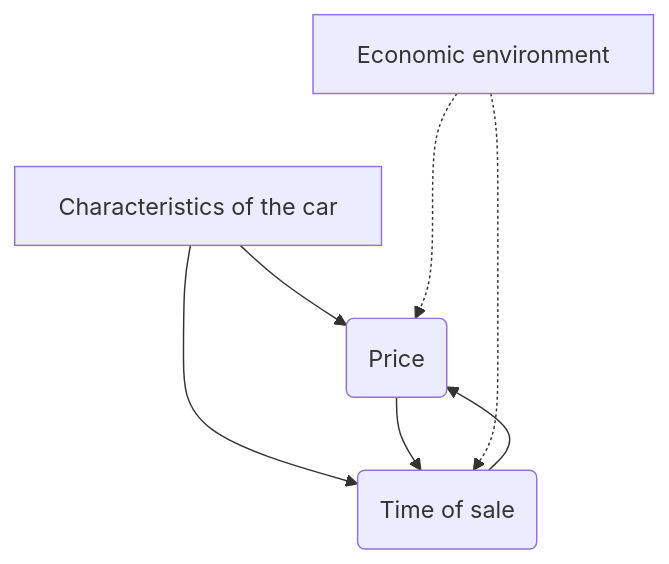
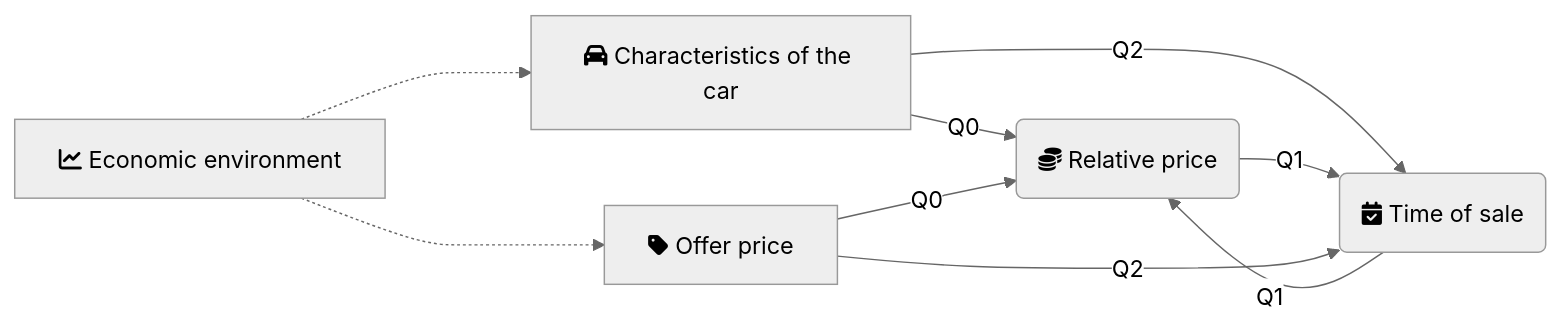
Before and after one commit to MarcellGranat/automobile-survival: the diagram in results.Rmd, drawn with Mermaid. The commit also changed other lines of this file and 1 other file, not shown here.

Commit message:
mermaid, calendar added

````diff
--- a/results.Rmd
+++ b/results.Rmd
@@ -12,13 +13,18 @@
 ```mermaid
-graph TD
-   A[Characteristics of the car]
-   B(Price)
-   C(Time of sale)
-   D[Economic environment]
-   A --> B
-   A --> C
-   B --> C
-   C --> B
-   D -..-> B
-   D -..-> C
+%%{init: {'theme': 'neutral' } }%%
+graph LR
+   A[fa:fa-car Characteristics of the car]
+   B[fa:fa-tag Offer price]
+   C(fa:fa-coins Relative price)
+   D(fa:fa-calendar-check Time of sale)
+   E[fa:fa-chart-line Economic environment]
+
+   A -->|Q0| C
+   A -->|Q2| D
+   B -->|Q0| C
+   D -->|Q1| C
+   C -->|Q1| D
+   B -->|Q2| D
+   E -..-> A
+   E -..-> B
 ```
````
